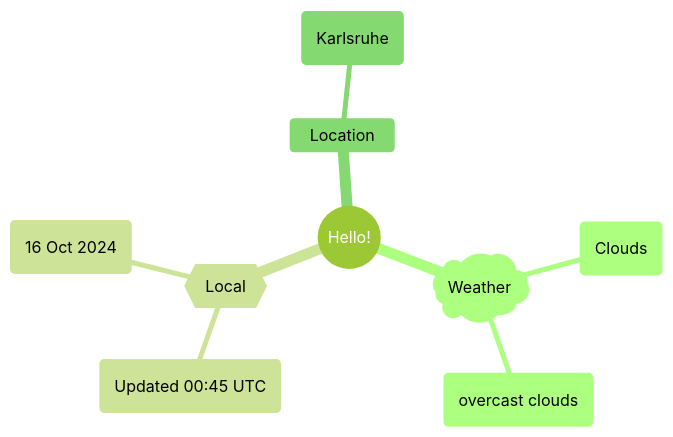
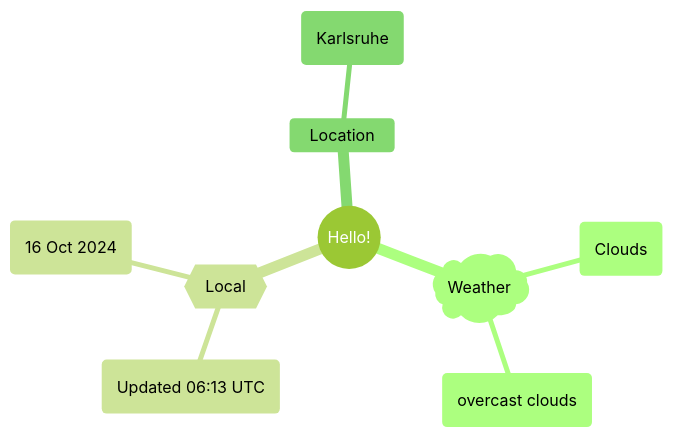
The first of 2 diagrams in README.md (Xosrov/Xosrov), drawn with Mermaid (forest theme) before and after one commit.

Commit message:
[bot] updated images

````diff
--- a/README.md
+++ b/README.md
@@ -3,12 +3,12 @@
 ```mermaid
 mindmap
   root((Hello!))
     )Weather(
         (Clouds)
         (overcast clouds)
     {{Local}}
-        (Updated 00:45 UTC)
+        (Updated 06:13 UTC)
         (16 Oct 2024)
     Location
         (Karlsruhe)
 ```
````
